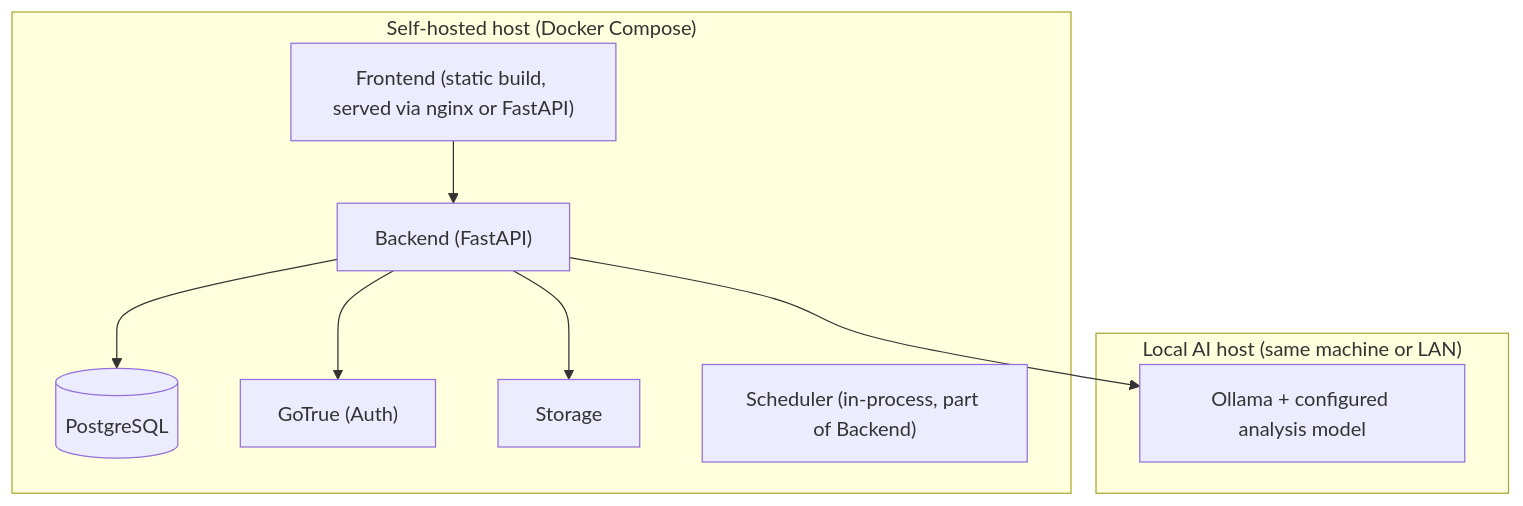
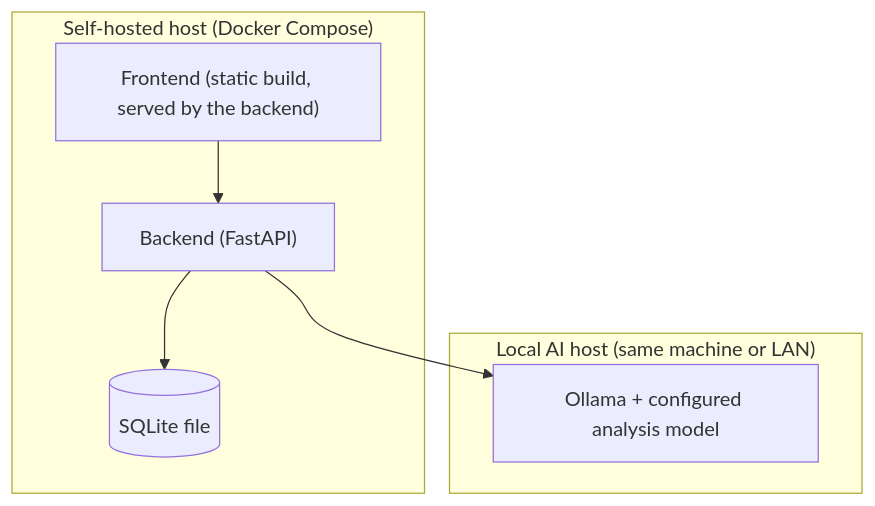
One commit to wassimrahoui/adhd-job-agent changed the diagram in docs/10-deployment-and-dev-workflow.md. Above: the diagram before and after it, drawn with Mermaid. The commit also changed other lines of this file and 9 other files, not shown here.

Commit message:
docs: simplify MVP architecture (batch 2/2) - UI, database, API, testing, deployment, roadmap, ADRs, risks, model eval, dev process

````diff
--- a/docs/10-deployment-and-dev-workflow.md
+++ b/docs/10-deployment-and-dev-workflow.md
@@ -32,19 +28,14 @@
 ```mermaid
 flowchart TB
     subgraph Host["Self-hosted host (Docker Compose)"]
-        FE["Frontend (static build, served via nginx or FastAPI)"]
+        FE["Frontend (static build, served by the backend)"]
         BE["Backend (FastAPI)"]
-        PG[("PostgreSQL")]
-        AUTH["GoTrue (Auth)"]
-        STOR["Storage"]
-        SCHED["Scheduler (in-process, part of Backend)"]
+        DB[("SQLite file")]
     end
     subgraph AIHost["Local AI host (same machine or LAN)"]
         OLLAMA["Ollama + configured analysis model"]
     end
-    BE --> PG
-    BE --> AUTH
-    BE --> STOR
+    BE --> DB
     BE --> OLLAMA
     FE --> BE
 ```
````
